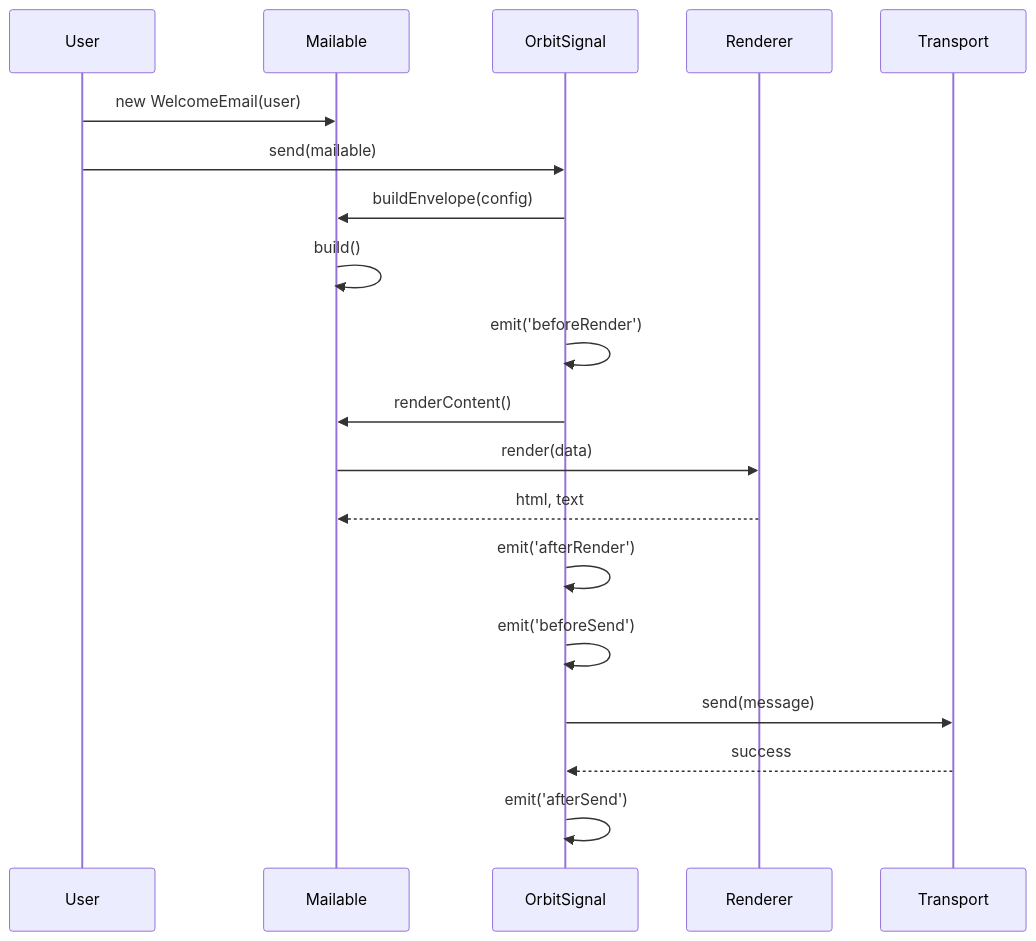
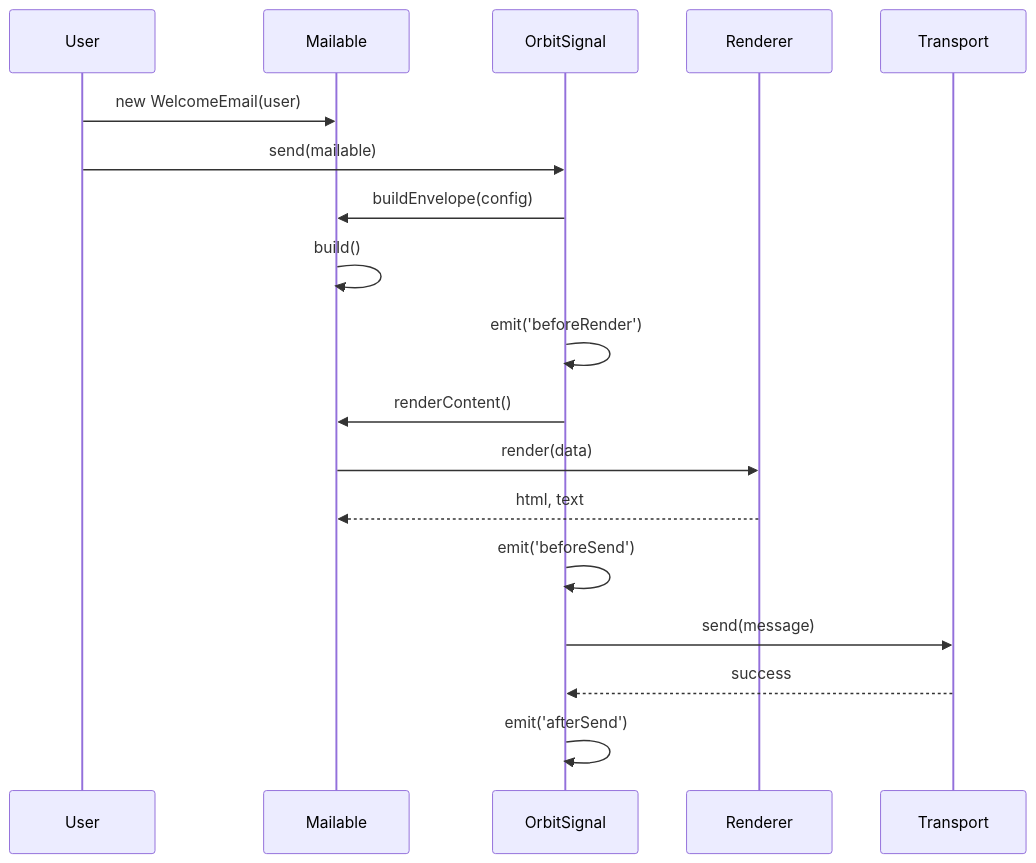
The diagram in docs/architecture/signal.md (CarlLee1983/gravito), drawn with Mermaid before and after one commit. The commit also changed other lines of this file and 5 other files, not shown here.

Commit message:
docs: update architecture specifications for all core packages

````diff
--- a/docs/architecture/signal.md
+++ b/docs/architecture/signal.md
@@ -42,25 +39,24 @@
 ```mermaid
 sequenceDiagram
     participant User
     participant Mailable
     participant OrbitSignal
     participant Renderer
     participant Transport
 
     User->>Mailable: new WelcomeEmail(user)
     User->>OrbitSignal: send(mailable)
     
     OrbitSignal->>Mailable: buildEnvelope(config)
     Mailable->>Mailable: build()
     
     OrbitSignal->>OrbitSignal: emit('beforeRender')
     OrbitSignal->>Mailable: renderContent()
     Mailable->>Renderer: render(data)
     Renderer-->>Mailable: html, text
-    OrbitSignal->>OrbitSignal: emit('afterRender')
     
     OrbitSignal->>OrbitSignal: emit('beforeSend')
     OrbitSignal->>Transport: send(message)
     Transport-->>OrbitSignal: success
     OrbitSignal->>OrbitSignal: emit('afterSend')
 ```
````
